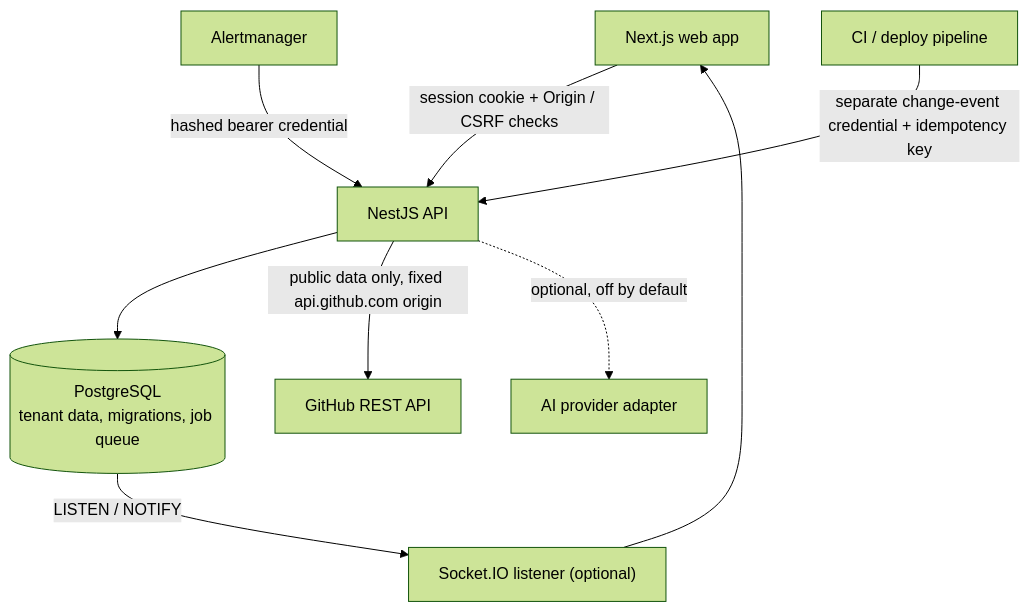
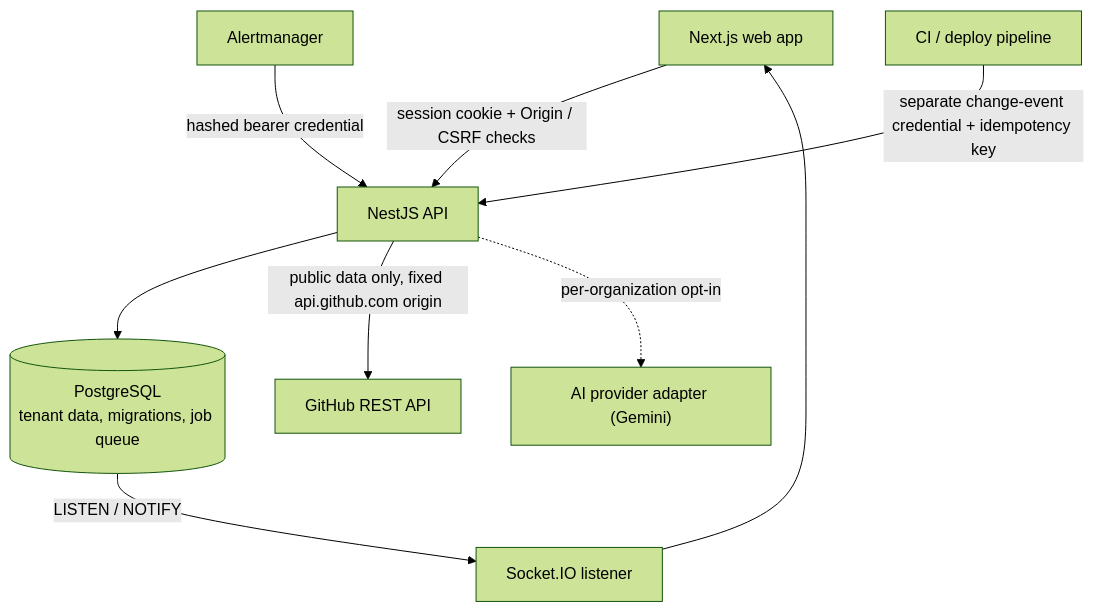
One commit to aayushtiwari307/incident-intelligence-platform changed the first of 2 diagrams in README.md. Above: the diagram before and after it, drawn with Mermaid (forest theme). The commit also changed other lines of this file, not shown here.

````diff
--- a/README.md
+++ b/README.md
@@ -55,11 +69,11 @@
 ```mermaid
 flowchart TD
   Browser["Next.js web app"] -->|"session cookie + Origin / CSRF checks"| API["NestJS API"]
   Alertmanager["Alertmanager"] -->|"hashed bearer credential"| API
   CI["CI / deploy pipeline"] -->|"separate change-event credential + idempotency key"| API
   API --> DB[("PostgreSQL<br/>tenant data, migrations, job queue")]
-  DB -->|"LISTEN / NOTIFY"| Realtime["Socket.IO listener (optional)"]
+  DB -->|"LISTEN / NOTIFY"| Realtime["Socket.IO listener"]
   Realtime --> Browser
   API -->|"public data only, fixed api.github.com origin"| GitHub["GitHub REST API"]
-  API -.->|"optional, off by default"| AI["AI provider adapter"]
+  API -.->|"per-organization opt-in"| AI["AI provider adapter (Gemini)"]
 ```
````
